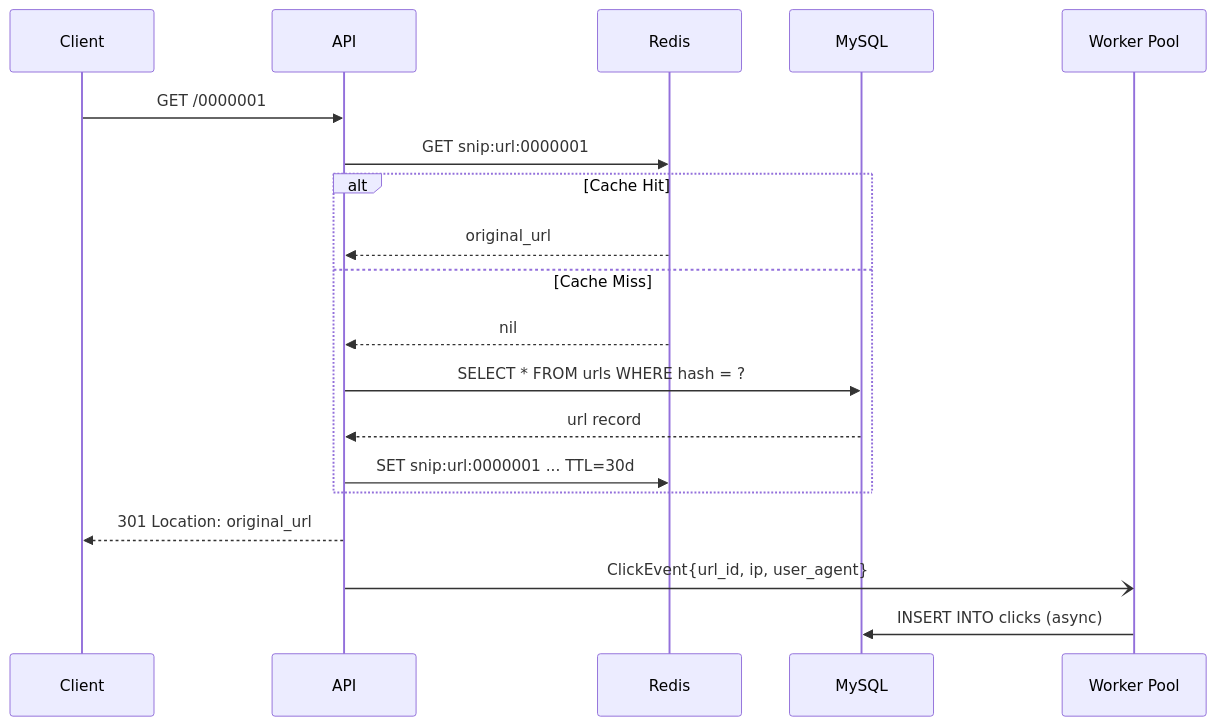
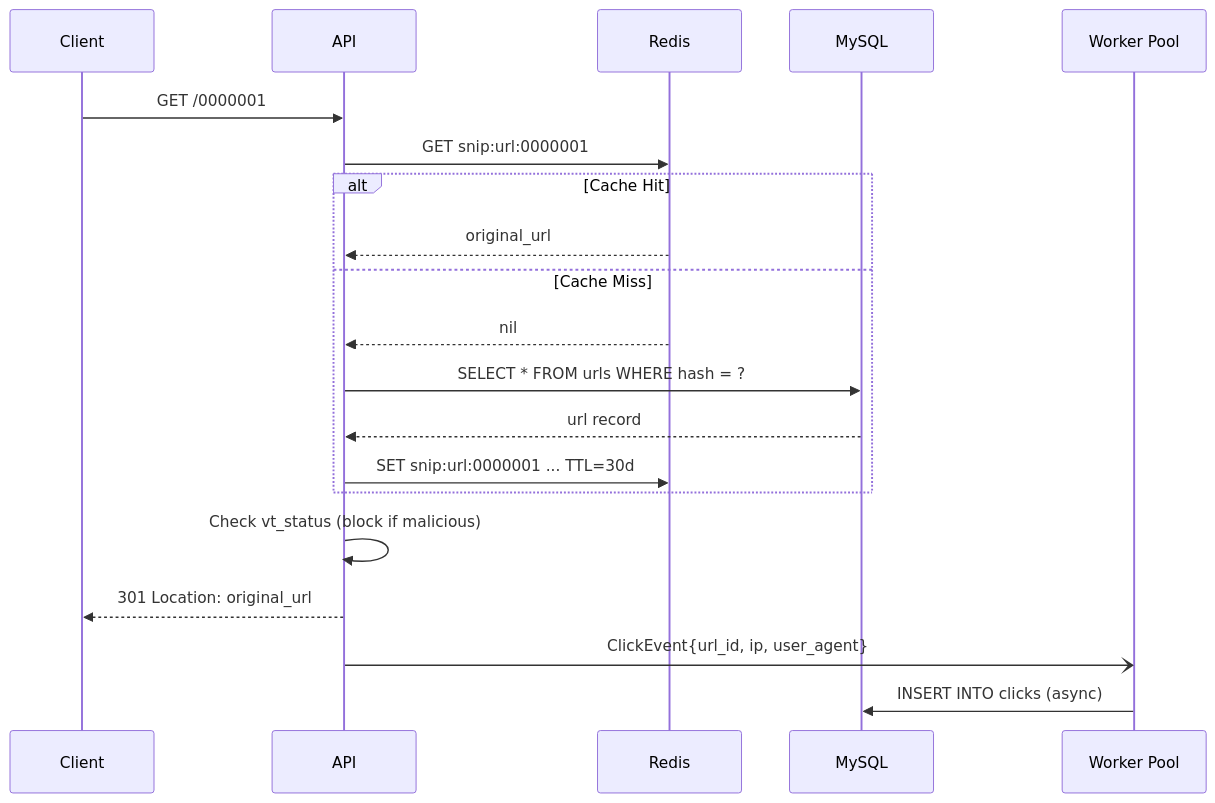
The second of 3 diagrams in README.md (devpedrois/Snip), drawn with Mermaid before and after one commit. The commit also changed other lines of this file and 1 other file, not shown here.

````diff
--- a/README.md
+++ b/README.md
@@ -64,22 +69,23 @@
 ```mermaid
 sequenceDiagram
     participant C as Client
     participant A as API
     participant R as Redis
     participant M as MySQL
     participant W as Worker Pool
 
     C->>A: GET /0000001
     A->>R: GET snip:url:0000001
     alt Cache Hit
         R-->>A: original_url
     else Cache Miss
         R-->>A: nil
         A->>M: SELECT * FROM urls WHERE hash = ?
         M-->>A: url record
         A->>R: SET snip:url:0000001 ... TTL=30d
     end
+    A->>A: Check vt_status (block if malicious)
     A-->>C: 301 Location: original_url
     A-)W: ClickEvent{url_id, ip, user_agent}
     W->>M: INSERT INTO clicks (async)
 ```
````
